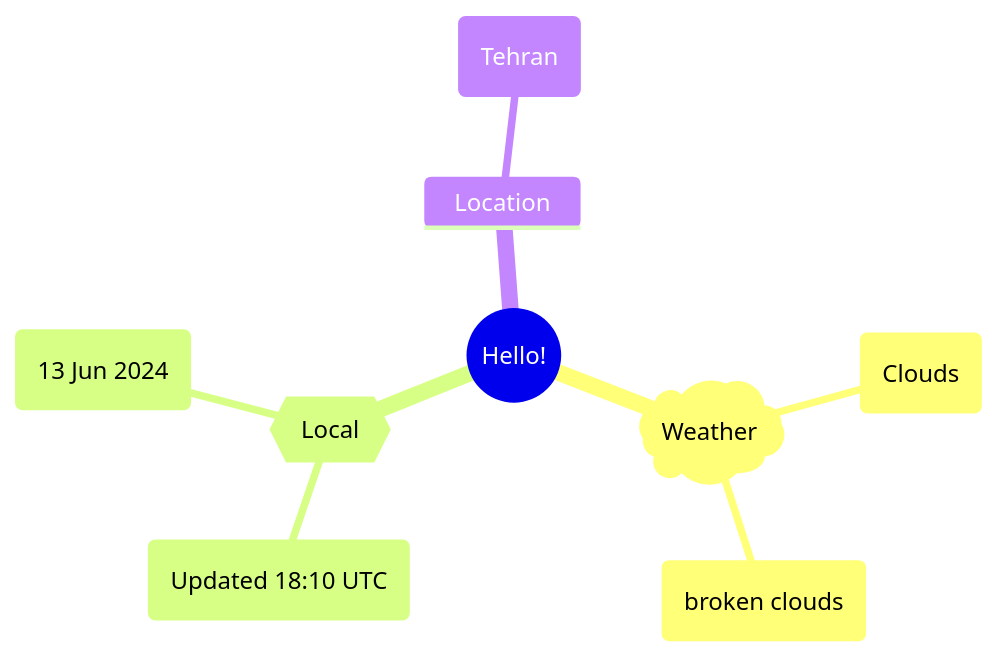
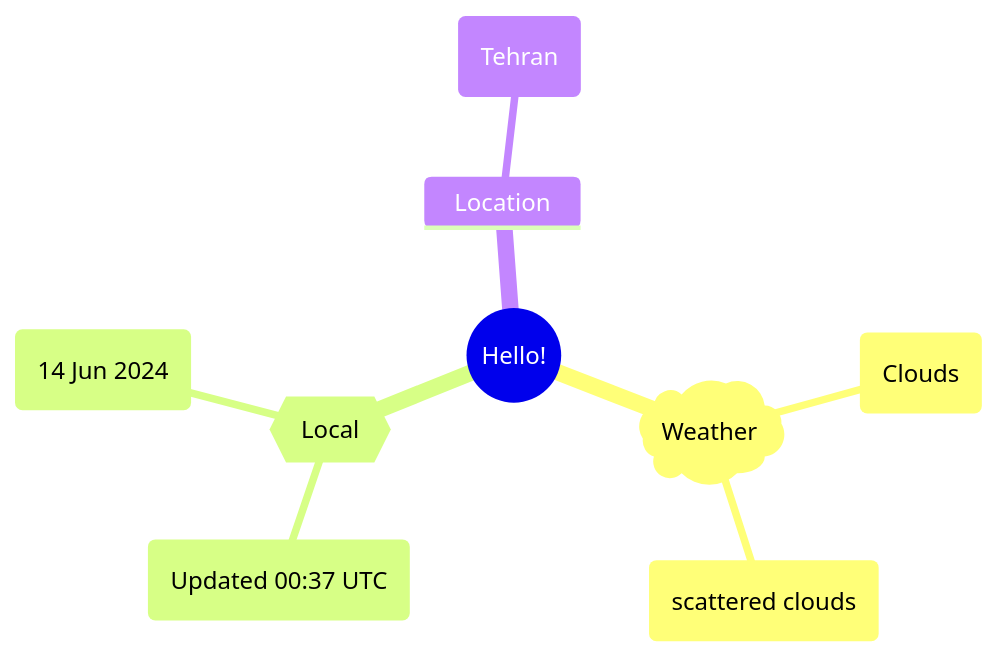
The first of 2 diagrams in README.md (Xosrov/Xosrov), drawn with Mermaid before and after one commit.

Commit message:
[bot] updated images

````diff
--- a/README.md
+++ b/README.md
@@ -3,12 +3,12 @@
 ```mermaid
 mindmap
   root((Hello!))
     )Weather(
         (Clouds)
-        (broken clouds)
+        (scattered clouds)
     {{Local}}
-        (Updated 18:10 UTC)
-        (13 Jun 2024)
+        (Updated 00:37 UTC)
+        (14 Jun 2024)
     Location
         (Tehran)
 ```
````
